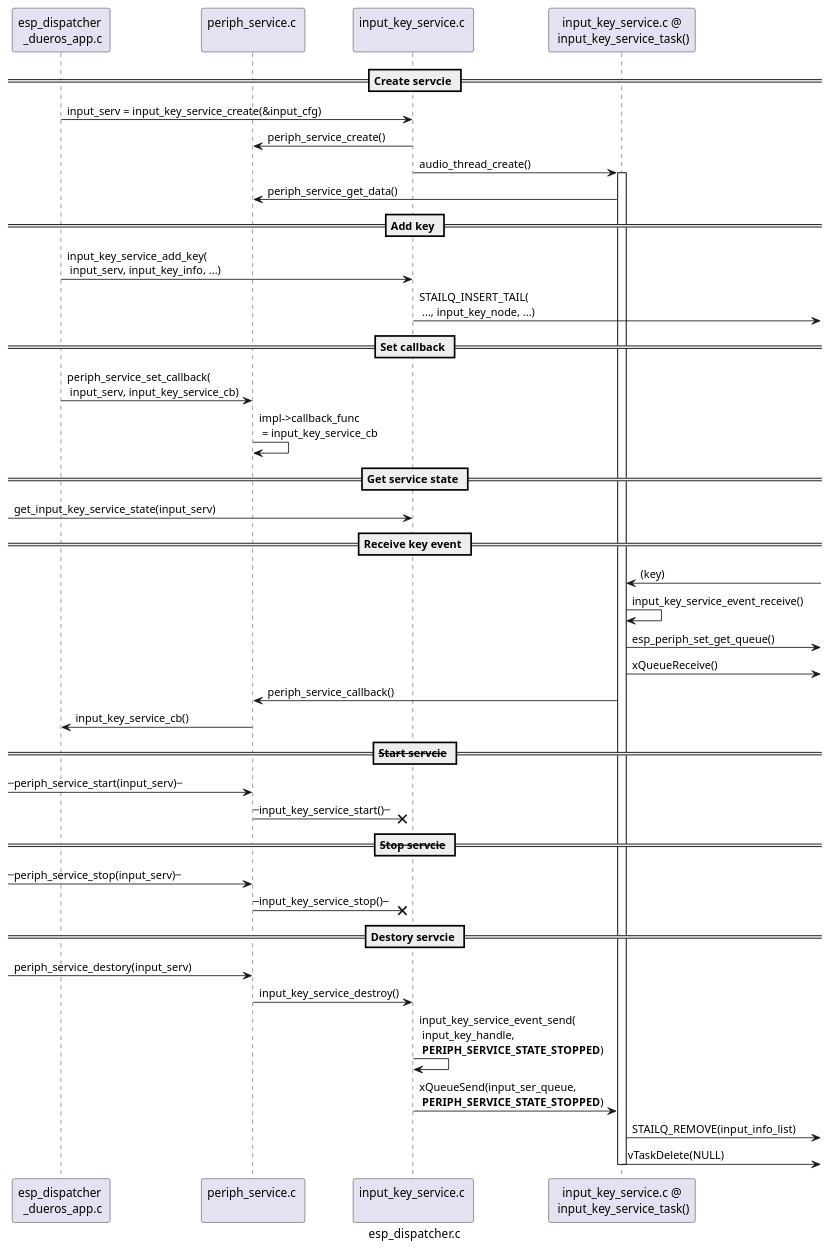
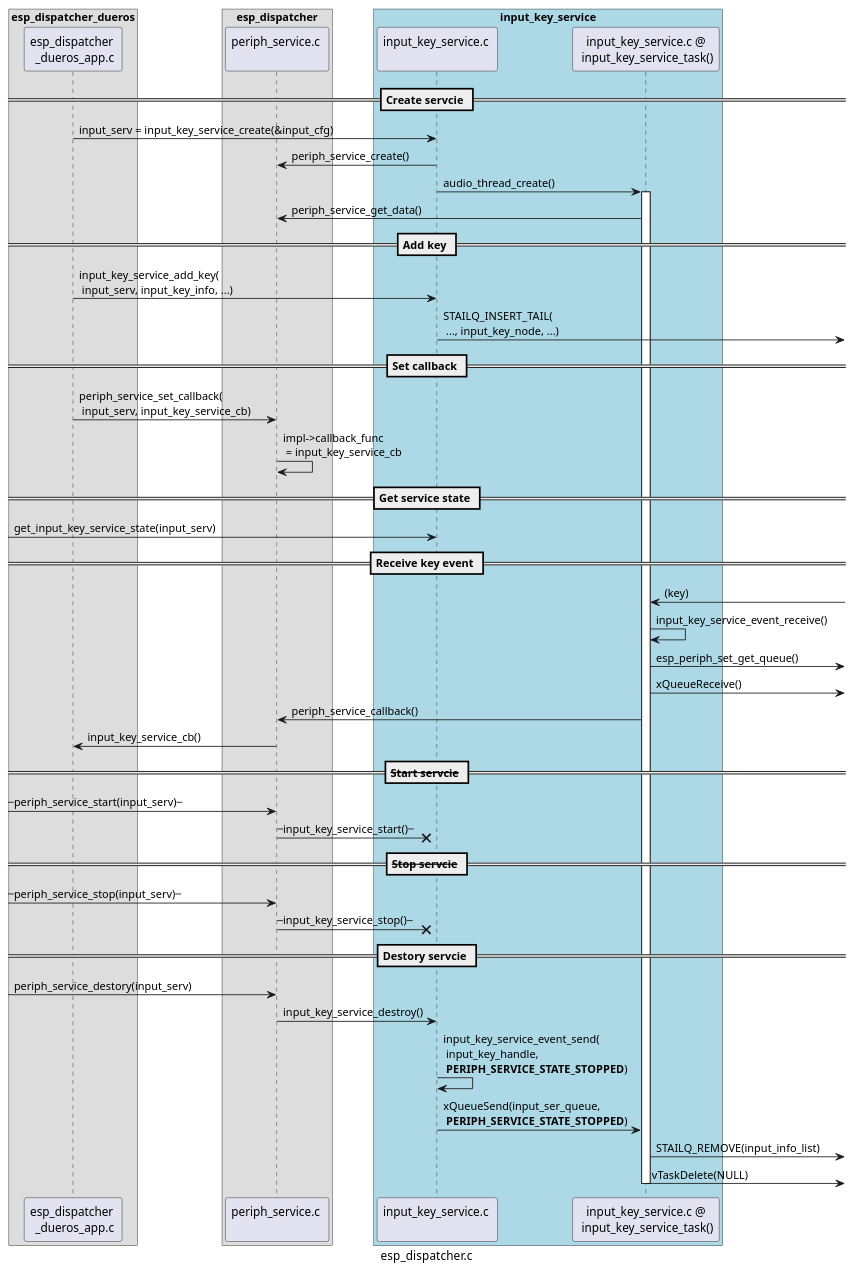
The first of 9 diagrams in docs/inside-dispatcher/input_key_service.rst (liangzhu2008/learn-esp-adf), drawn with PlantUML before and after one commit. The commit also changed other lines of this file and 14 other files, not shown here.

Commit message:
用 plantweb 替换 plantuml.jar & graphviz

```diff
--- a/docs/inside-dispatcher/input_key_service.rst
+++ b/docs/inside-dispatcher/input_key_service.rst
@@ -12,51 +12,59 @@
 .. uml::
 
     caption esp_dispatcher.c
 
-    participant "esp_dispatcher \n _dueros_app.c" as adf_app order 10
-    participant "periph_service.c \n" as periph_service order 20
-    participant "input_key_service.c \n" as spec_service order 50
-    participant "input_key_service.c @\n input_key_service_task()" as inner_task order 60
+    box "esp_dispatcher_dueros"
+    participant "esp_dispatcher \n _dueros_app.c" as example order 10
+    end box
+
+    box "esp_dispatcher" 
+    participant "periph_service.c \n"               as periph_service order 20
+    end box
+
+    box "input_key_service" #LightBlue
+    participant "input_key_service.c \n"                as input_service order 50
+    participant "input_key_service.c @\n input_key_service_task()" as input_task order 60
+    end box
       
     == Create servcie ==
-    adf_app        -> spec_service : input_serv = input_key_service_create(&input_cfg)
-    periph_service <- spec_service : periph_service_create()
-    spec_service   -> inner_task   : audio_thread_create()
-    activate inner_task 
-    periph_service <- inner_task   : periph_service_get_data()
+    example        -> input_service : input_serv = input_key_service_create(&input_cfg)
+    periph_service <- input_service : periph_service_create()
+    input_service   -> input_task   : audio_thread_create()
+    activate input_task 
+    periph_service <- input_task   : periph_service_get_data()
 
     == Add key ==
-    adf_app        -> spec_service : input_key_service_add_key( \n input_serv, input_key_info, ...)
-    spec_service   ->]             : STAILQ_INSERT_TAIL( \n ..., input_key_node, ...)
+    example        -> input_service : input_key_service_add_key( \n input_serv, input_key_info, ...)
+    input_service   ->]             : STAILQ_INSERT_TAIL( \n ..., input_key_node, ...)
 
     == Set callback ==
-    adf_app        -> periph_service : periph_service_set_callback( \n input_serv, input_key_service_cb)
+    example        -> periph_service : periph_service_set_callback( \n input_serv, input_key_service_cb)
     periph_service -> periph_service : impl->callback_func \n = input_key_service_cb
 
     == Get service state ==
-                  [-> spec_service   : get_input_key_service_state(input_serv)
+                  [-> input_service   : get_input_key_service_state(input_serv)
 
     == Receive key event ==
-    inner_task     <-]               : (key)
-    inner_task     -> inner_task     : input_key_service_event_receive()
-    inner_task     ->]               : esp_periph_set_get_queue()
-    inner_task     ->]               : xQueueReceive()
-    periph_service <- inner_task     : periph_service_callback()
-    adf_app        <- periph_service : input_key_service_cb()
+    input_task     <-]               : (key)
+    input_task     -> input_task     : input_key_service_event_receive()
+    input_task     ->]               : esp_periph_set_get_queue()
+    input_task     ->]               : xQueueReceive()
+    periph_service <- input_task     : periph_service_callback()
+    example        <- periph_service : input_key_service_cb()
 
     == --Start servcie-- ==
                   [-> periph_service : --periph_service_start(input_serv)--
-    periph_service ->x spec_service  : --input_key_service_start()--
+    periph_service ->x input_service  : --input_key_service_start()--
 
     == --Stop servcie-- ==
                   [-> periph_service : --periph_service_stop(input_serv)--
-    periph_service ->x spec_service  : --input_key_service_stop()--
+    periph_service ->x input_service  : --input_key_service_stop()--
 
     == Destory servcie ==
                   [-> periph_service : periph_service_destory(input_serv)
-    periph_service -> spec_service   : input_key_service_destroy()
-    spec_service   -> spec_service   : input_key_service_event_send( \n input_key_handle,  \n **PERIPH_SERVICE_STATE_STOPPED**)
-    spec_service   -> inner_task     : xQueueSend(input_ser_queue,  \n **PERIPH_SERVICE_STATE_STOPPED**)
-    inner_task     ->]               : STAILQ_REMOVE(input_info_list)
-    inner_task     ->]               : vTaskDelete(NULL)
-    deactivate inner_task 
+    periph_service -> input_service   : input_key_service_destroy()
+    input_service   -> input_service   : input_key_service_event_send( \n input_key_handle,  \n **PERIPH_SERVICE_STATE_STOPPED**)
+    input_service   -> input_task     : xQueueSend(input_ser_queue,  \n **PERIPH_SERVICE_STATE_STOPPED**)
+    input_task     ->]               : STAILQ_REMOVE(input_info_list)
+    input_task     ->]               : vTaskDelete(NULL)
+    deactivate input_task 
```
